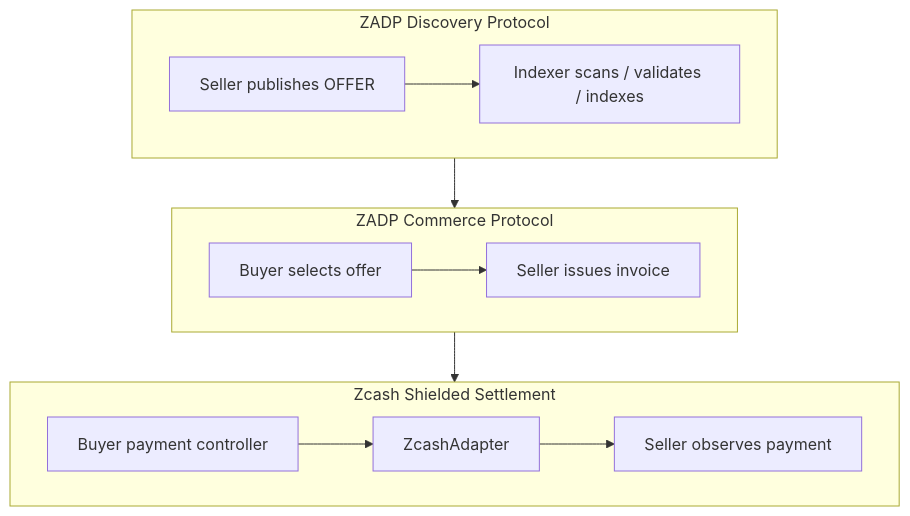
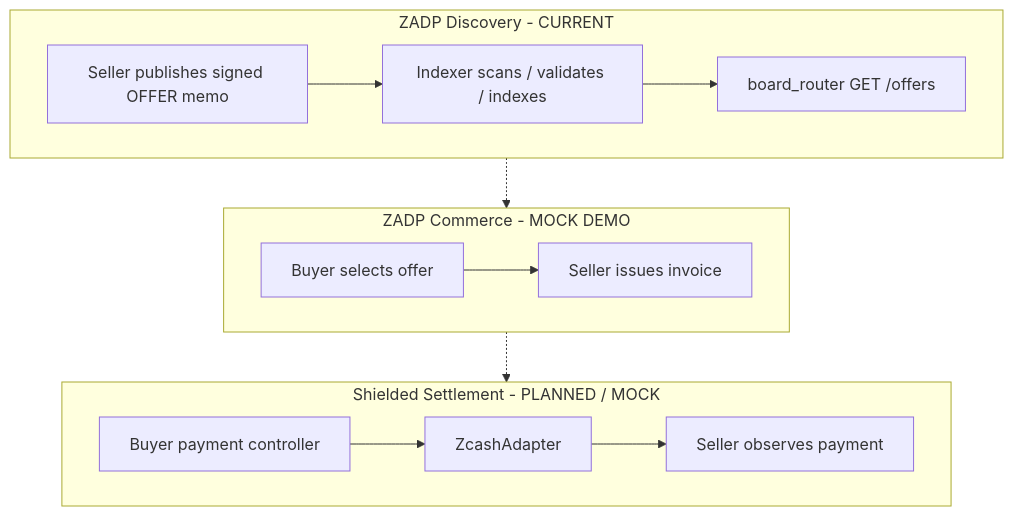
One commit to ZADP-protocol/ZADP changed the first of 5 diagrams in docs/architecture.md. Above: the diagram before and after it, drawn with Mermaid. The commit also changed other lines of this file and 6 other files, not shown here.

Commit message:
docs: align documentation with current ZADP implementation

````diff
--- a/docs/architecture.md
+++ b/docs/architecture.md
@@ -20,23 +20,24 @@
 ```mermaid
 flowchart TB
-  subgraph discovery [ZADP Discovery Protocol]
-    SellerPub[Seller publishes OFFER]
+  subgraph discovery [ZADP Discovery - CURRENT]
+    SellerPub[Seller publishes signed OFFER memo]
     IndexerScan[Indexer scans / validates / indexes]
-    SellerPub --> IndexerScan
+    Api[board_router GET /offers]
+    SellerPub --> IndexerScan --> Api
   end
 
-  subgraph commerce [ZADP Commerce Protocol]
+  subgraph commerce [ZADP Commerce - MOCK DEMO]
     Quote[Buyer selects offer]
     Invoice[Seller issues invoice]
     Quote --> Invoice
   end
 
-  subgraph settlement [Zcash Shielded Settlement]
+  subgraph settlement [Shielded Settlement - PLANNED / MOCK]
     Pay[Buyer payment controller]
     Adapter[ZcashAdapter]
     Observe[Seller observes payment]
     Pay --> Adapter --> Observe
   end
 
-  discovery --> commerce --> settlement
+  discovery -.-> commerce -.-> settlement
 ```
````
